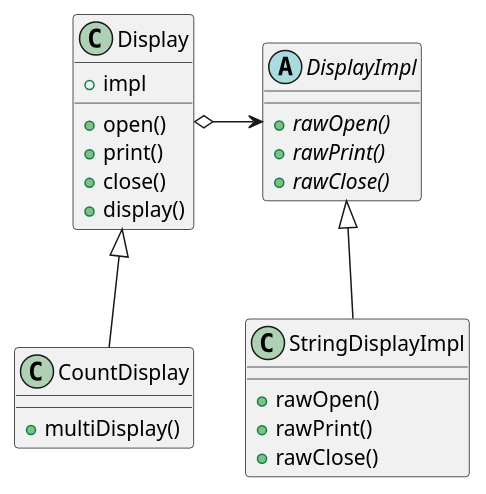
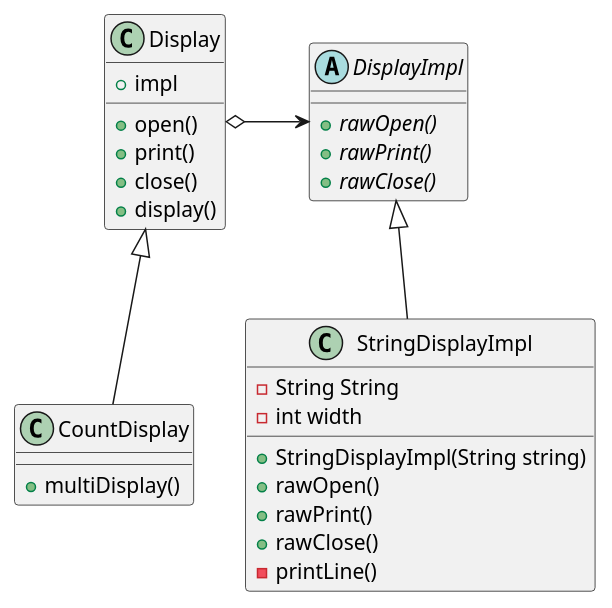
One commit to ku2ma2/design_pattern changed the diagram in Bridge/README.md. Above: the diagram before and after it, drawn with PlantUML. The commit also changed 5 other files, not shown here.

Commit message:
Add StringDisplayImpl and test

````diff
--- a/Bridge/README.md
+++ b/Bridge/README.md
@@ -4,34 +4,38 @@
 ```uml
 @startuml
 
 class Display {
     +impl
     +open()
     +print()
     +close()
     +display()
 }
 
 class CountDisplay {
     +multiDisplay()
 }
 
 abstract DisplayImpl {
     {abstract} +rawOpen()
     {abstract} +rawPrint()
     {abstract} +rawClose()
 }
 
 class StringDisplayImpl {
+    -String String
+    -int width
+    +StringDisplayImpl(String string)
     +rawOpen()
     +rawPrint()
     +rawClose()
+    -printLine()
 }
 
 Display o-right-> DisplayImpl
 CountDisplay -up-|> Display
 StringDisplayImpl -up-|> DisplayImpl
 
 
 @enduml
 ```
````
